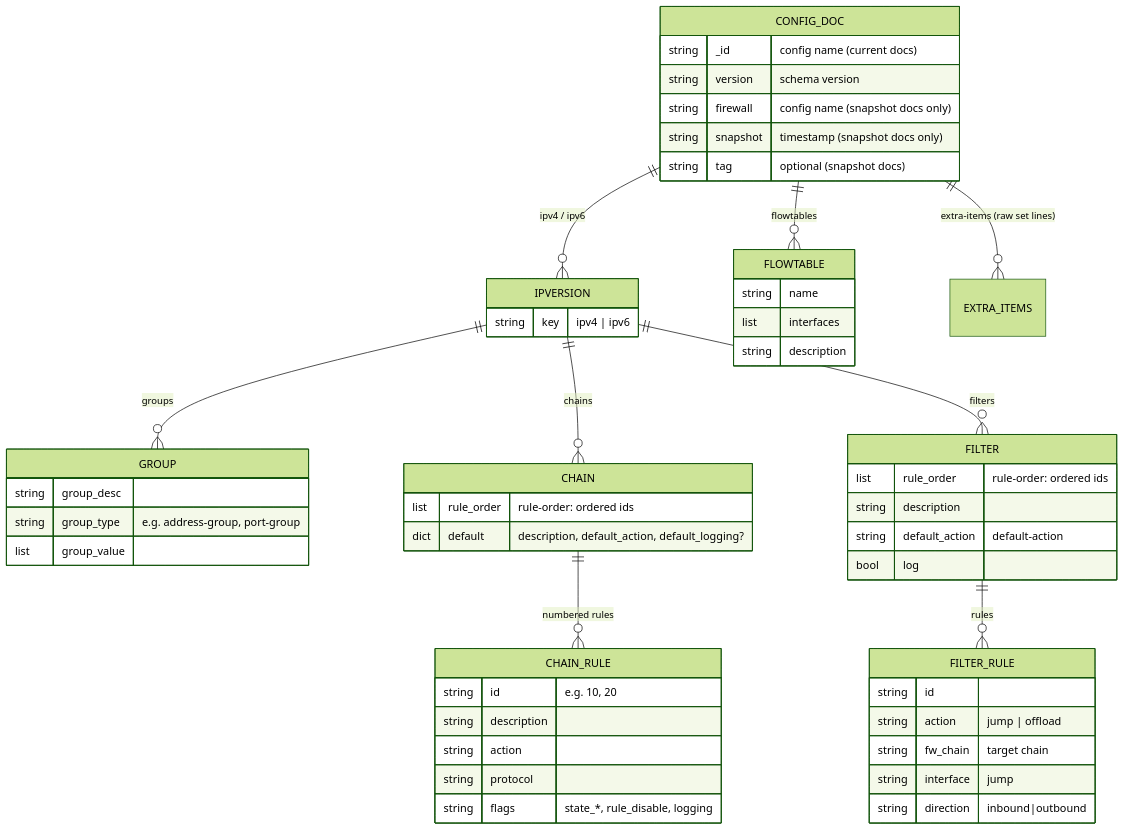
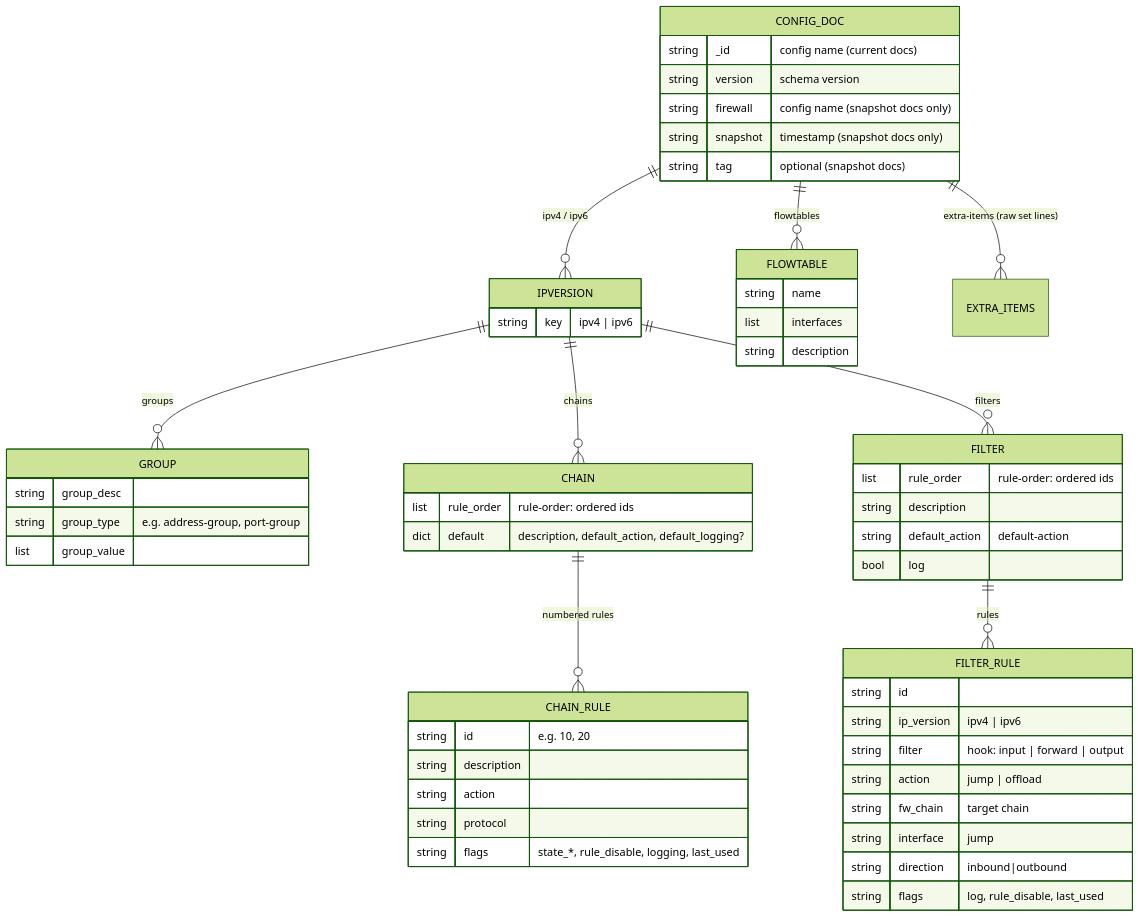
The fourth of 10 diagrams in docs/data-architecture.md (ibehren1/fw-gui), drawn with Mermaid (forest theme) before and after one commit. The commit also changed other lines of this file and 3 other files, not shown here.

````diff
--- a/docs/data-architecture.md
+++ b/docs/data-architecture.md
@@ -172,55 +175,58 @@
 ```mermaid
 erDiagram
     CONFIG_DOC {
         string _id "config name (current docs)"
         string version "schema version"
         string firewall "config name (snapshot docs only)"
         string snapshot "timestamp (snapshot docs only)"
         string tag "optional (snapshot docs)"
     }
     IPVERSION {
         string key "ipv4 | ipv6"
     }
     GROUP {
         string group_desc
         string group_type "e.g. address-group, port-group"
         list group_value
     }
     CHAIN {
         list rule_order "rule-order: ordered ids"
         dict default "description, default_action, default_logging?"
     }
     CHAIN_RULE {
         string id "e.g. 10, 20"
         string description
         string action
         string protocol
-        string flags "state_*, rule_disable, logging"
+        string flags "state_*, rule_disable, logging, last_used"
     }
     FILTER {
         list rule_order "rule-order: ordered ids"
         string description
         string default_action "default-action"
         bool log
     }
     FILTER_RULE {
         string id
+        string ip_version "ipv4 | ipv6"
+        string filter "hook: input | forward | output"
         string action "jump | offload"
         string fw_chain "target chain"
         string interface "jump"
         string direction "inbound|outbound"
+        string flags "log, rule_disable, last_used"
     }
     FLOWTABLE {
         string name
         list interfaces
         string description
     }
     CONFIG_DOC ||--o{ IPVERSION : "ipv4 / ipv6"
     IPVERSION ||--o{ GROUP : groups
     IPVERSION ||--o{ CHAIN : chains
     CHAIN ||--o{ CHAIN_RULE : "numbered rules"
     IPVERSION ||--o{ FILTER : filters
     FILTER ||--o{ FILTER_RULE : rules
     CONFIG_DOC ||--o{ FLOWTABLE : flowtables
     CONFIG_DOC ||--o{ EXTRA_ITEMS : "extra-items (raw set lines)"
 ```
````
